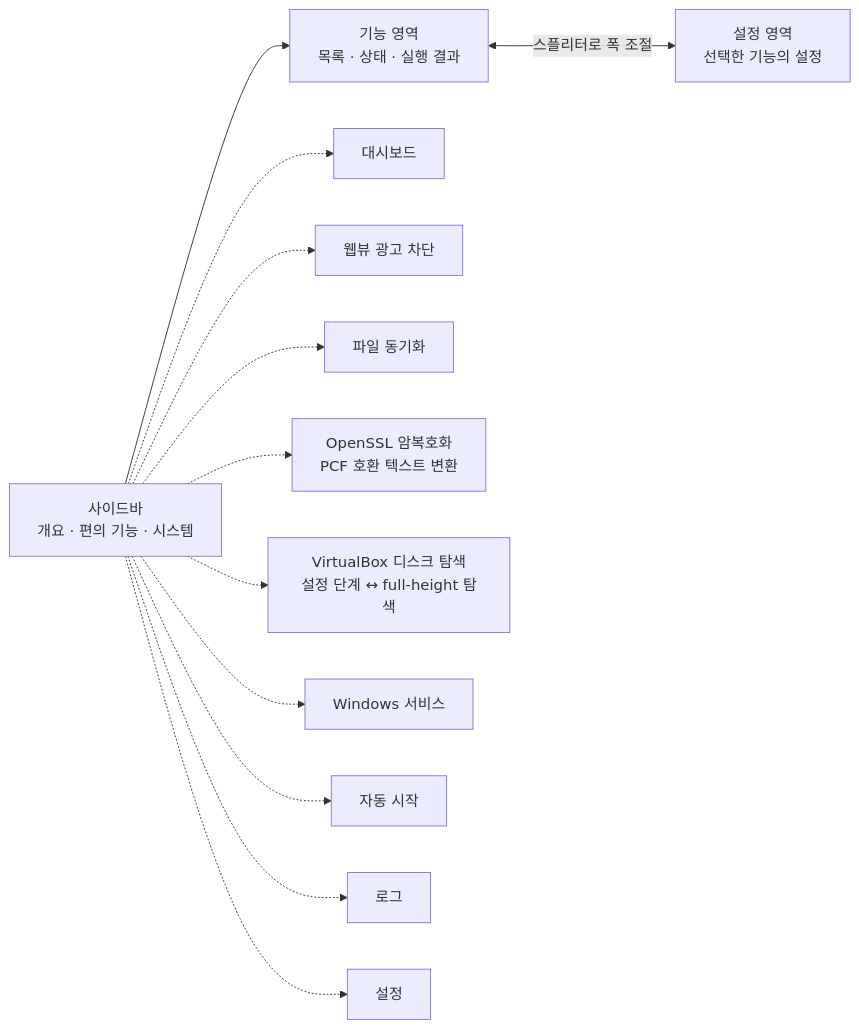
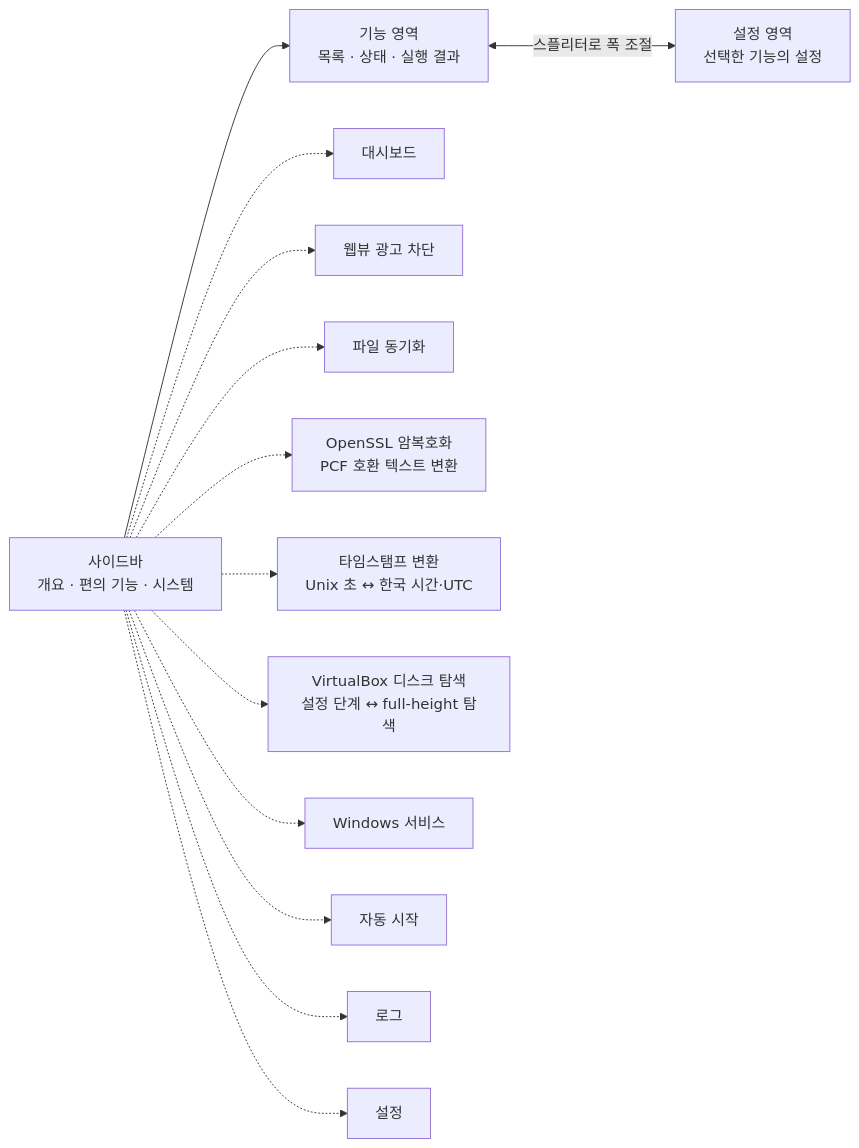
One commit to CountJung/gpui-convenience-tools changed the first of 4 diagrams in docs/README.md. Above: the diagram before and after it, drawn with Mermaid. The commit also changed other lines of this file and 27 other files, not shown here.

Commit message:
feat: Unix 타임스탬프 양방향 변환과 시간대 설정 저장

````diff
--- a/docs/README.md
+++ b/docs/README.md
@@ -59,19 +60,20 @@
 ```mermaid
 flowchart LR
     sidebar["사이드바<br/>개요 · 편의 기능 · 시스템"]
     feature["기능 영역<br/>목록 · 상태 · 실행 결과"]
     settings["설정 영역<br/>선택한 기능의 설정"]
 
     sidebar --> feature
     feature <-->|"스플리터로 폭 조절"| settings
 
     sidebar -.-> dashboard["대시보드"]
     sidebar -.-> ad["웹뷰 광고 차단"]
     sidebar -.-> sync["파일 동기화"]
     sidebar -.-> openssl["OpenSSL 암복호화<br/>PCF 호환 텍스트 변환"]
+    sidebar -.-> timestamp["타임스탬프 변환<br/>Unix 초 ↔ 한국 시간·UTC"]
     sidebar -.-> vdi["VirtualBox 디스크 탐색<br/>설정 단계 ↔ full-height 탐색"]
     sidebar -.-> service["Windows 서비스"]
     sidebar -.-> startup["자동 시작"]
     sidebar -.-> logs["로그"]
     sidebar -.-> app_settings["설정"]
 ```
````
